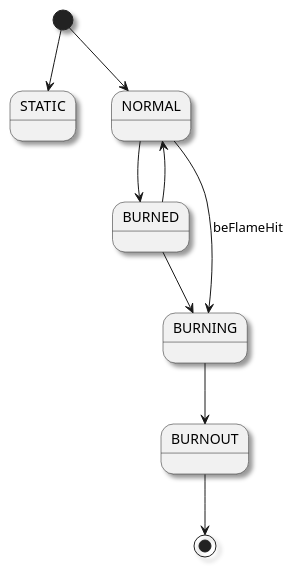
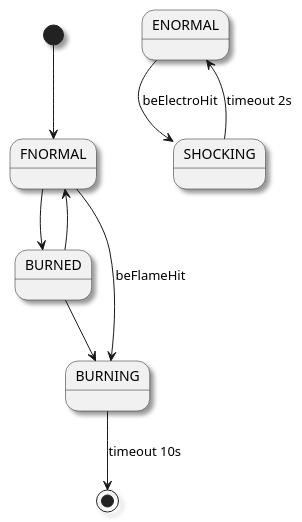
One commit to tingyunaiai9/The-Journey-of-Wizard changed the diagram in doc/item_state.pu. Above: the diagram before and after it, drawn with PlantUML. The commit also changed 16 other files, not shown here.

```diff
--- a/doc/item_state.pu
+++ b/doc/item_state.pu
@@ -1,15 +1,15 @@
 @startuml
 
 skinparam shadowing true
 
-[*] --> STATIC
+[*] --> FNORMAL
+FNORMAL --> BURNED
+FNORMAL --> BURNING : beFlameHit
+BURNED --> FNORMAL
+BURNED --> BURNING
+BURNING --> [*] : timeout 10s
 
-[*] --> NORMAL
-NORMAL --> BURNED
-NORMAL --> BURNING : beFlameHit
-BURNED --> NORMAL
-BURNED --> BURNING
-BURNING --> BURNOUT
-BURNOUT --> [*]
+ENORMAL --> SHOCKING : beElectroHit
+SHOCKING --> ENORMAL : timeout 2s
 
 @enduml
```
